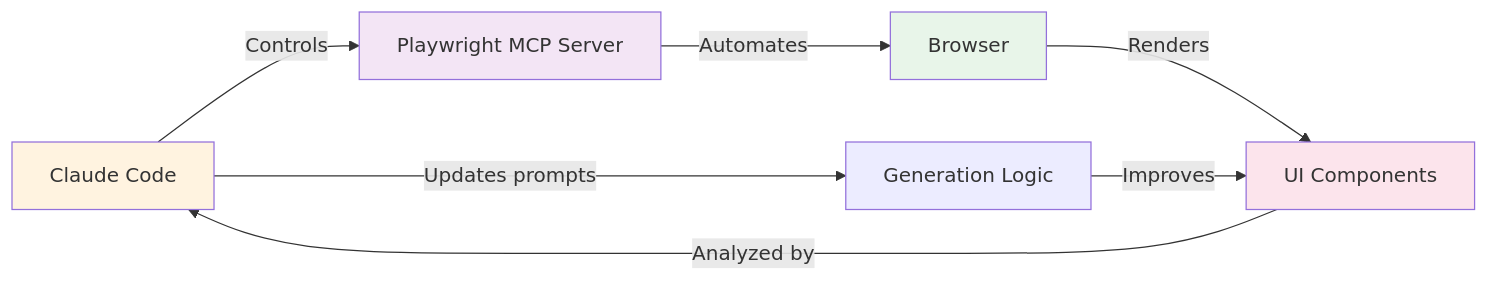
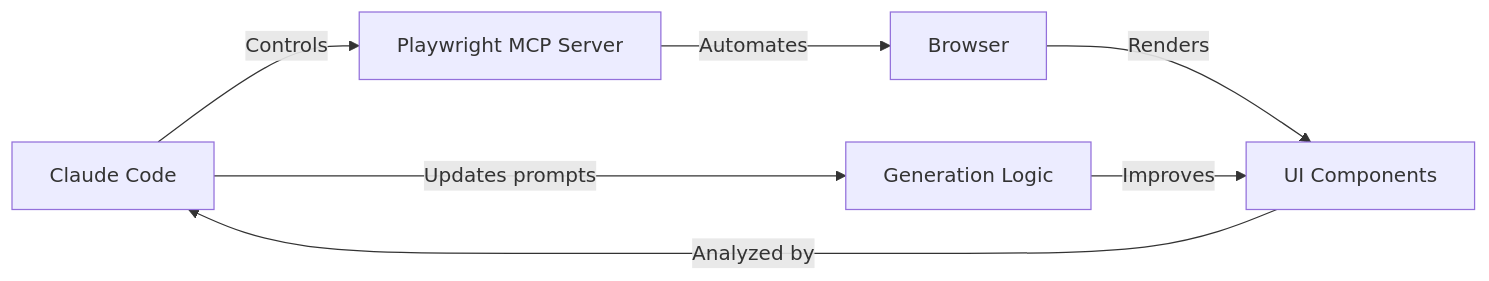
One commit to CagriCatik/claude-ollama-coder changed the third of 16 diagrams in docs/01_Claude-Code-in-Action.md. Above: the diagram before and after it, drawn with Mermaid. The commit also changed other lines of this file and 16 other files, not shown here.

````diff
--- a/docs/01_Claude-Code-in-Action.md
+++ b/docs/01_Claude-Code-in-Action.md
@@ -109,14 +106,9 @@
 ```mermaid
 graph LR
     A["Claude Code"] -->|Controls| B["Playwright MCP Server"]
     B -->|Automates| C["Browser"]
     C -->|Renders| D["UI Components"]
     D -->|Analyzed by| A
     A -->|Updates prompts| E["Generation Logic"]
     E -->|Improves| D
-    
-    style A fill:#fff3e0
-    style B fill:#f3e5f5
-    style C fill:#e8f5e9
-    style D fill:#fce4ec
 ```
````
